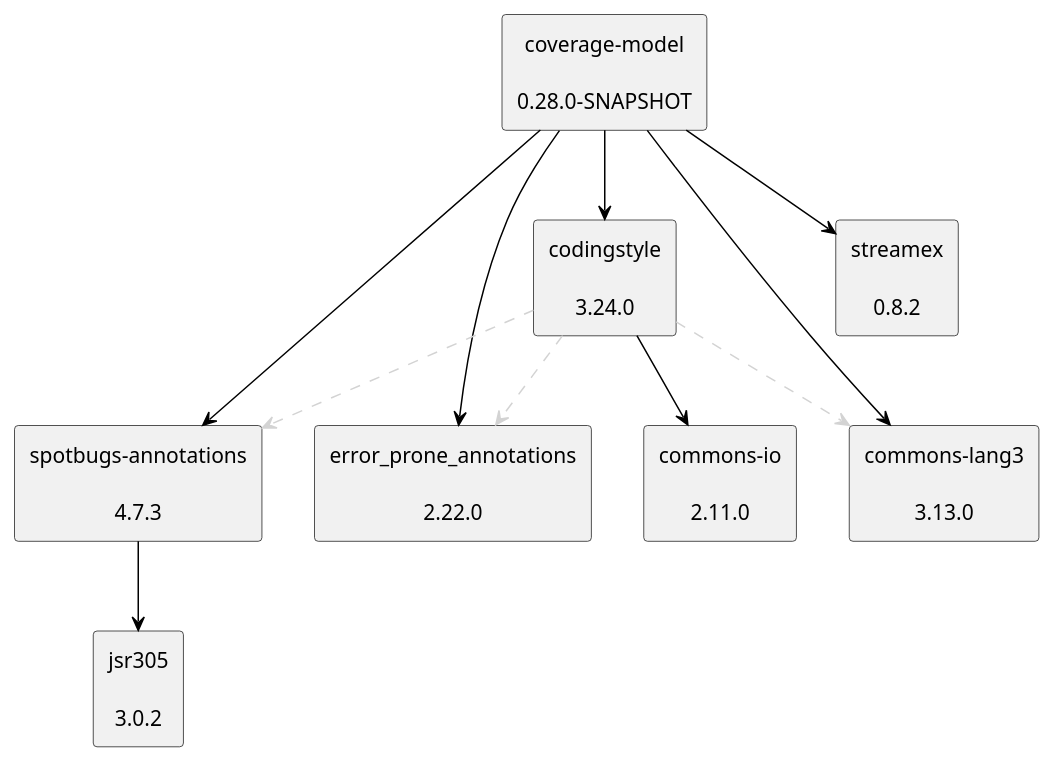
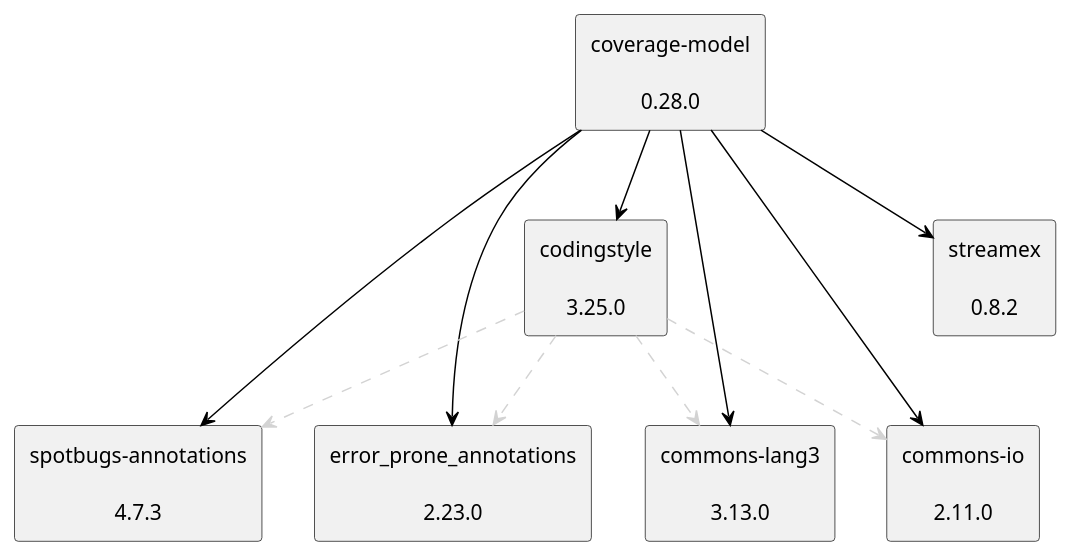
The diagram in doc/dependency-graph.puml (jenkinsci/coverage-model), drawn with PlantUML before and after one commit.

Commit message:
Fix build scripts.

```diff
--- a/doc/dependency-graph.puml
+++ b/doc/dependency-graph.puml
@@ -1,27 +1,26 @@
 @startuml
 skinparam defaultTextAlignment center
 skinparam rectangle {
   BackgroundColor<<optional>> beige
   BackgroundColor<<test>> lightGreen
   BackgroundColor<<runtime>> lightBlue
   BackgroundColor<<provided>> lightGray
 }
+rectangle "coverage-model\n\n0.28.0" as edu_hm_hafner_coverage_model_jar
 rectangle "spotbugs-annotations\n\n4.7.3" as com_github_spotbugs_spotbugs_annotations_jar
-rectangle "jsr305\n\n3.0.2" as com_google_code_findbugs_jsr305_jar
-rectangle "coverage-model\n\n0.28.0-SNAPSHOT" as edu_hm_hafner_coverage_model_jar
-rectangle "error_prone_annotations\n\n2.22.0" as com_google_errorprone_error_prone_annotations_jar
+rectangle "error_prone_annotations\n\n2.23.0" as com_google_errorprone_error_prone_annotations_jar
 rectangle "streamex\n\n0.8.2" as one_util_streamex_jar
-rectangle "codingstyle\n\n3.24.0" as edu_hm_hafner_codingstyle_jar
+rectangle "codingstyle\n\n3.25.0" as edu_hm_hafner_codingstyle_jar
 rectangle "commons-lang3\n\n3.13.0" as org_apache_commons_commons_lang3_jar
 rectangle "commons-io\n\n2.11.0" as commons_io_commons_io_jar
-com_github_spotbugs_spotbugs_annotations_jar -[#000000]-> com_google_code_findbugs_jsr305_jar
 edu_hm_hafner_coverage_model_jar -[#000000]-> com_github_spotbugs_spotbugs_annotations_jar
 edu_hm_hafner_coverage_model_jar -[#000000]-> com_google_errorprone_error_prone_annotations_jar
 edu_hm_hafner_coverage_model_jar -[#000000]-> one_util_streamex_jar
 edu_hm_hafner_codingstyle_jar .[#D3D3D3].> com_github_spotbugs_spotbugs_annotations_jar
 edu_hm_hafner_codingstyle_jar .[#D3D3D3].> com_google_errorprone_error_prone_annotations_jar
 edu_hm_hafner_codingstyle_jar .[#D3D3D3].> org_apache_commons_commons_lang3_jar
-edu_hm_hafner_codingstyle_jar -[#000000]-> commons_io_commons_io_jar
+edu_hm_hafner_codingstyle_jar .[#D3D3D3].> commons_io_commons_io_jar
 edu_hm_hafner_coverage_model_jar -[#000000]-> edu_hm_hafner_codingstyle_jar
 edu_hm_hafner_coverage_model_jar -[#000000]-> org_apache_commons_commons_lang3_jar
+edu_hm_hafner_coverage_model_jar -[#000000]-> commons_io_commons_io_jar
 @enduml
```
